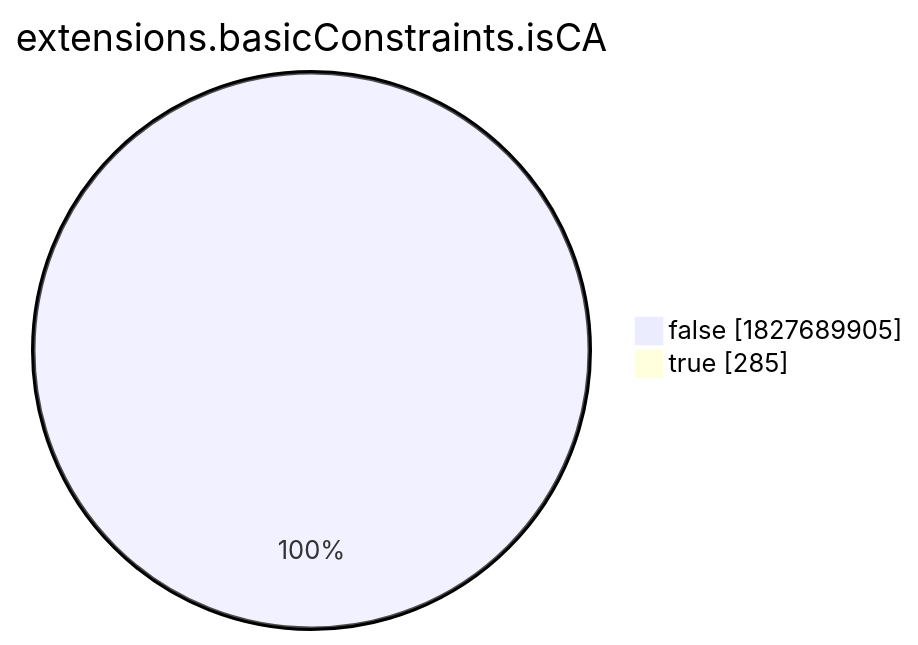
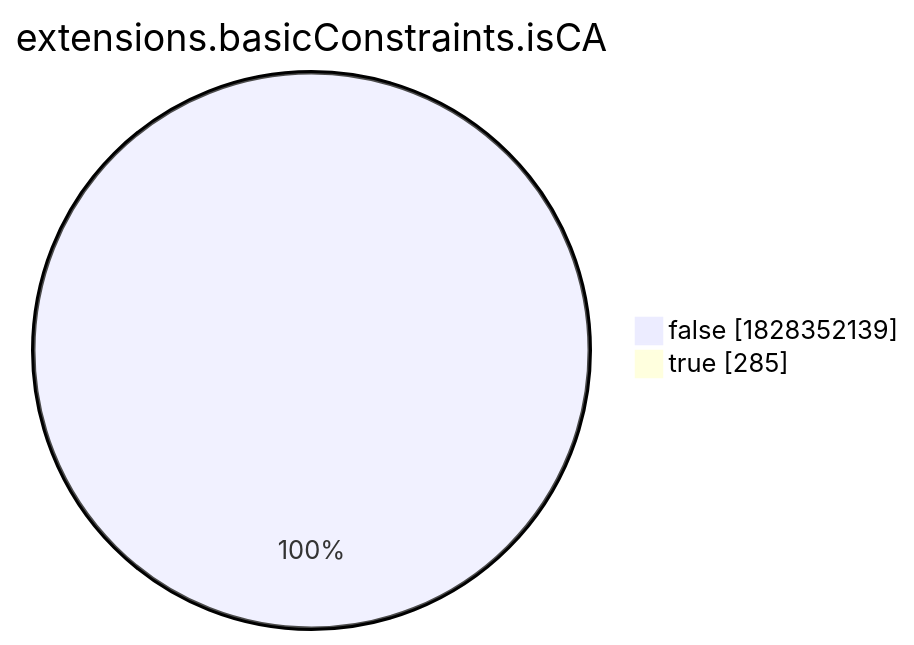
One commit to christiankrug/ctmonitor_visualization changed the eighth of 15 diagrams in xenon2022/README.md. Above: the diagram before and after it, drawn with Mermaid. The commit also changed other lines of this file, not shown here.

````diff
--- a/xenon2022/README.md
+++ b/xenon2022/README.md
@@ -2868,6 +2868,6 @@
 ```mermaid
 pie showData
 title extensions.basicConstraints.isCA
-"false" :1827689905
+"false" :1828352139
 "true" :285
 ```
````
